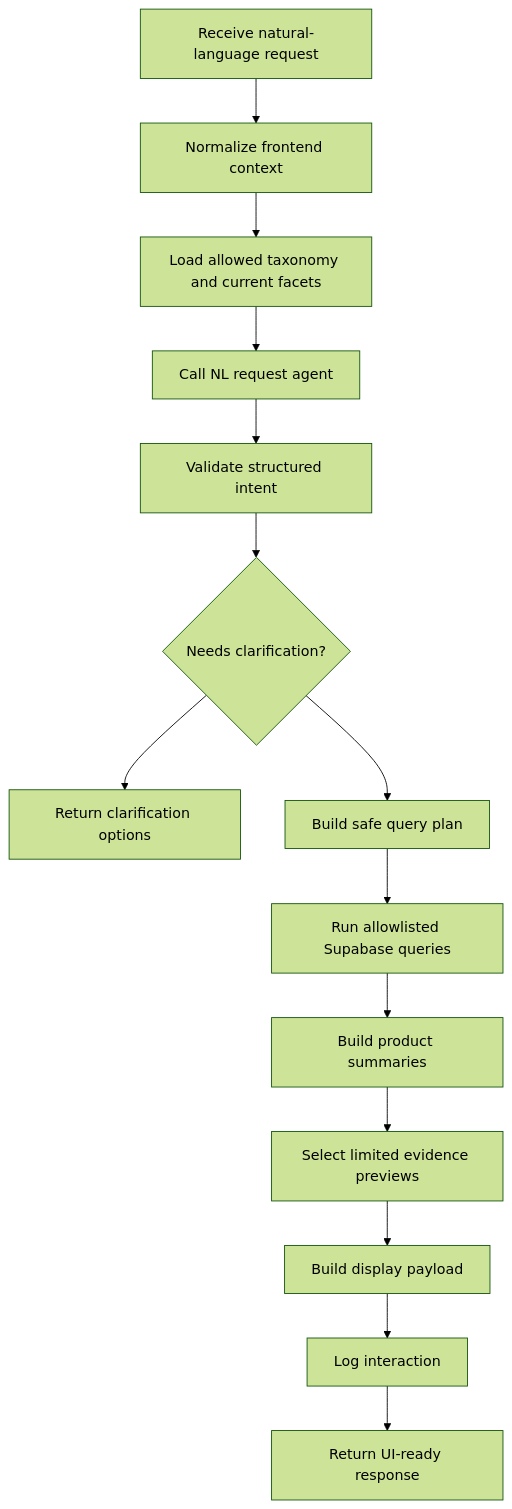
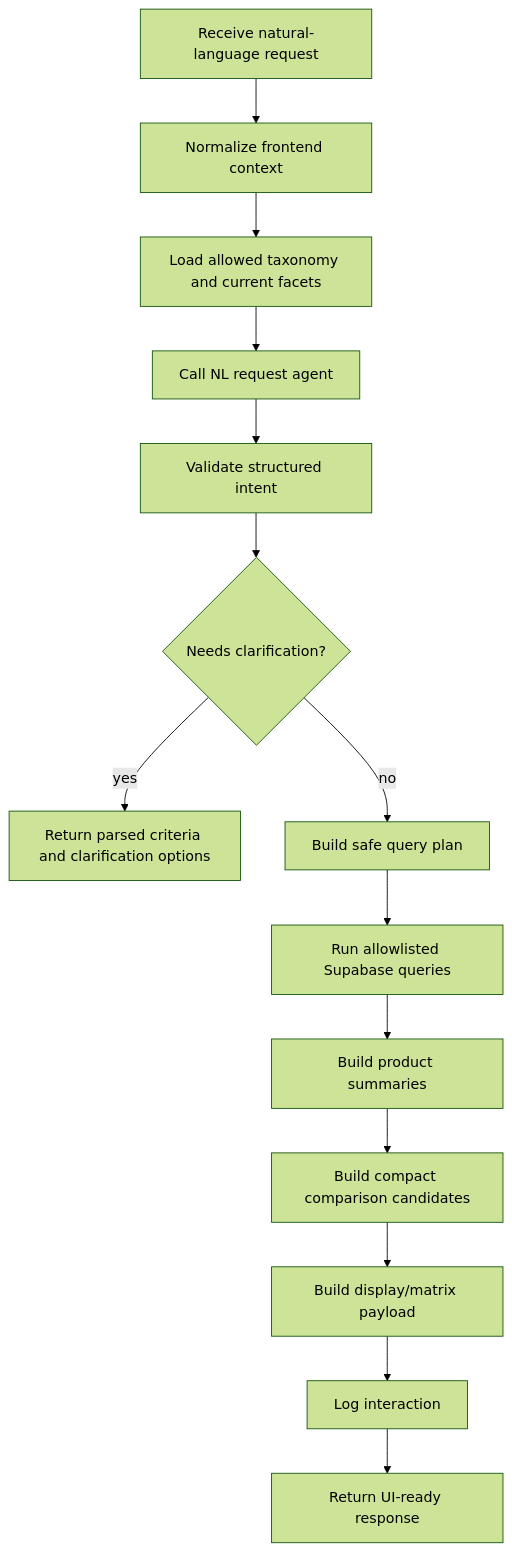
The third of 4 diagrams in docs/SERVICE_DATA_FLOW.md (YJ-Jang01/HAI), drawn with Mermaid (forest theme) before and after one commit. The commit also changed other lines of this file and 146 other files, not shown here.

````diff
--- a/docs/SERVICE_DATA_FLOW.md
+++ b/docs/SERVICE_DATA_FLOW.md
@@ -88,16 +81,16 @@
 ```mermaid
 flowchart TD
-  A["Receive natural-language request"] --> B["Normalize frontend context"]
-  B --> C["Load allowed taxonomy and current facets"]
-  C --> D["Call NL request agent"]
-  D --> E["Validate structured intent"]
-  E --> F{"Needs clarification?"}
-  F --> G["Return clarification options"]
-  F --> H["Build safe query plan"]
-  H --> I["Run allowlisted Supabase queries"]
-  I --> J["Build product summaries"]
-  J --> K["Select limited evidence previews"]
-  K --> L["Build display payload"]
-  L --> M["Log interaction"]
-  M --> N["Return UI-ready response"]
+  A[Receive natural-language request] --> B[Normalize frontend context]
+  B --> C[Load allowed taxonomy and current facets]
+  C --> D[Call NL request agent]
+  D --> E[Validate structured intent]
+  E --> F{Needs clarification?}
+  F -->|yes| G[Return parsed criteria and clarification options]
+  F -->|no| H[Build safe query plan]
+  H --> I[Run allowlisted Supabase queries]
+  I --> J[Build product summaries]
+  J --> K[Build compact comparison candidates]
+  K --> L[Build display/matrix payload]
+  L --> M[Log interaction]
+  M --> N[Return UI-ready response]
 ```
````
